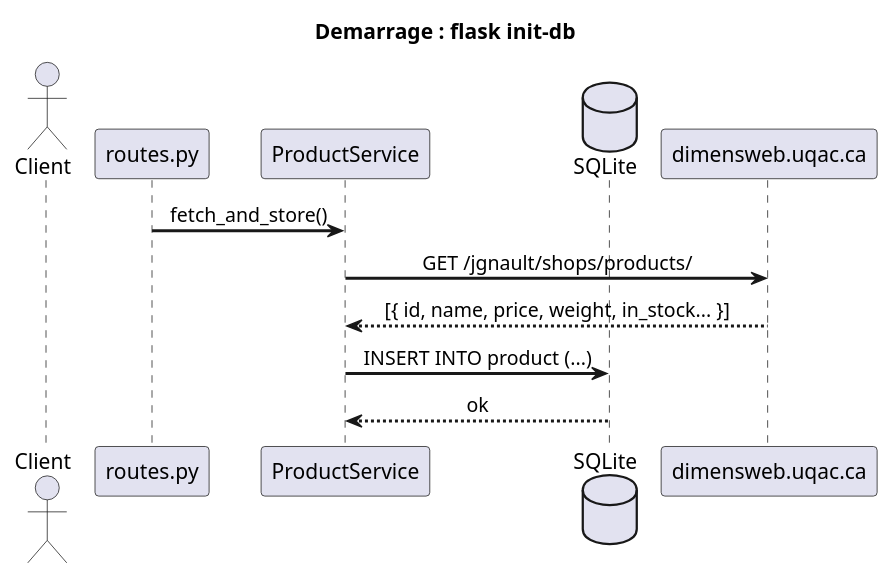
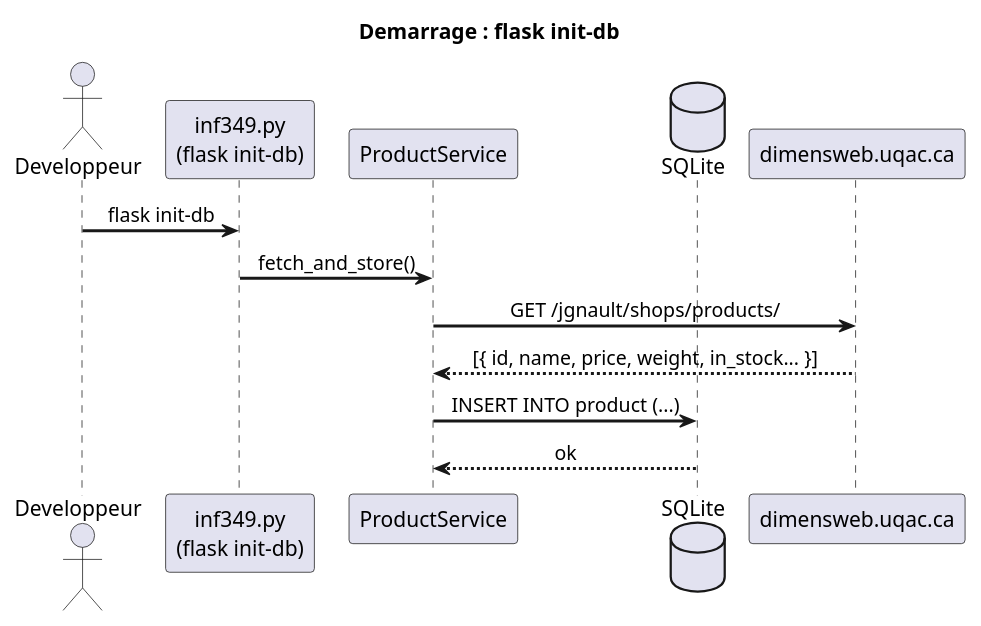
Before and after one commit to but-yohan-carvalho/application-web: the diagram in docs/seq_01_init.puml, drawn with PlantUML. The commit also changed 13 other files, not shown here.

Commit message:
diagrames

```diff
--- a/docs/seq_01_init.puml
+++ b/docs/seq_01_init.puml
@@ -1,21 +1,22 @@
 @startuml seq_01_init
 
 skinparam sequenceMessageAlign center
 skinparam responseMessageBelowArrow true
 skinparam sequenceArrowThickness 2
 
 title Demarrage : flask init-db
 
-actor       Client
-participant "routes.py"      as Routes
+actor       Developpeur
+participant "inf349.py\n(flask init-db)" as App
 participant "ProductService" as PS
 database    "SQLite"         as DB
 participant "dimensweb.uqac.ca" as EXT
 
-Routes -> PS  : fetch_and_store()
+Developpeur -> App : flask init-db
+App -> PS  : fetch_and_store()
 PS -> EXT     : GET /jgnault/shops/products/
 EXT --> PS    : [{ id, name, price, weight, in_stock... }]
 PS -> DB      : INSERT INTO product (...)
 DB --> PS     : ok
 
 @enduml
```
